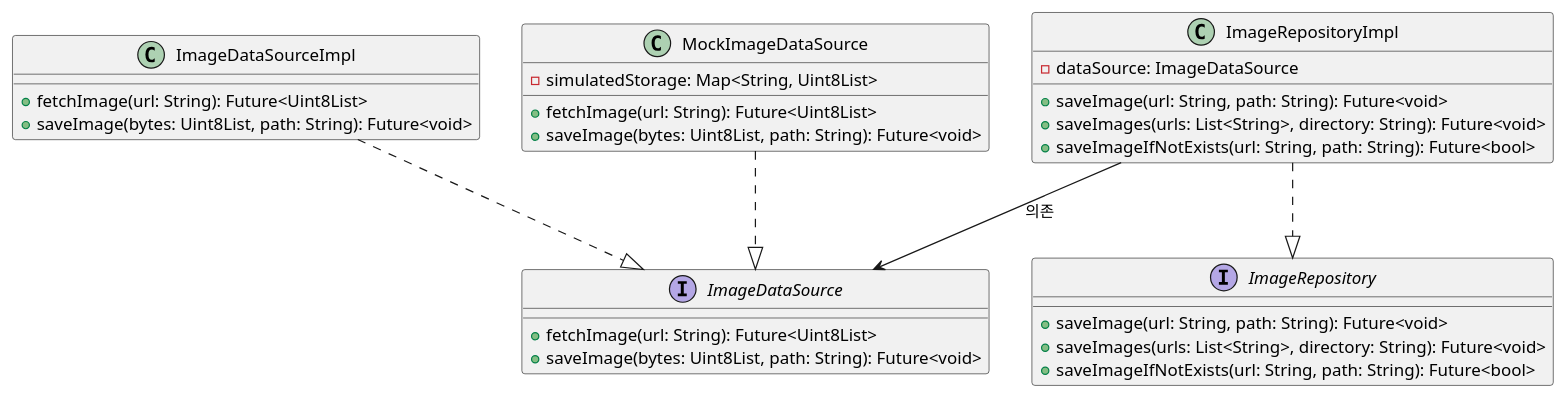
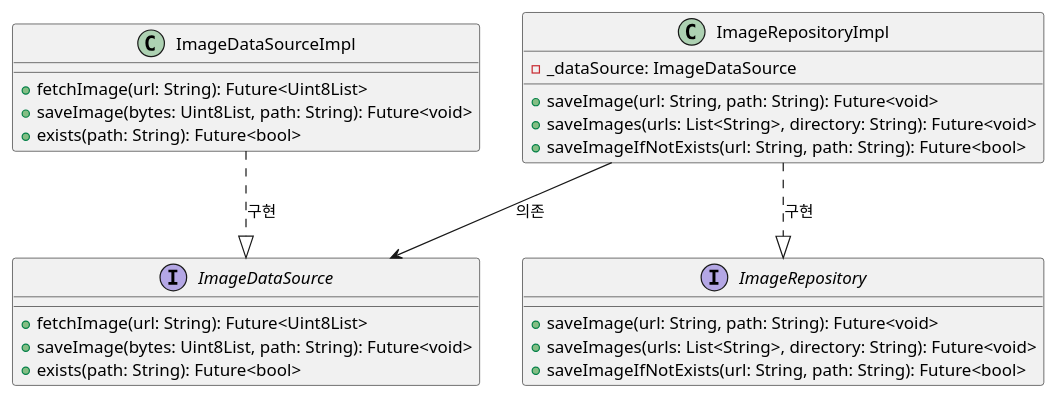
Before and after one commit to SurvivalCodingCampus/modu-3-dart-study: the diagram in lib/2025-04-03/docs/image_service.puml, drawn with PlantUML. The commit also changed 13 other files, not shown here.

Commit message:
fix : 코드 수정(의존성 및 캡슐화), 다이어그램 변경

```diff
--- a/lib/2025-04-03/docs/image_service.puml
+++ b/lib/2025-04-03/docs/image_service.puml
@@ -1,35 +1,30 @@
 @startuml
 interface ImageDataSource {
   +fetchImage(url: String): Future<Uint8List>
   +saveImage(bytes: Uint8List, path: String): Future<void>
+  +exists(path: String): Future<bool>
 }
 
 class ImageDataSourceImpl {
   +fetchImage(url: String): Future<Uint8List>
   +saveImage(bytes: Uint8List, path: String): Future<void>
-}
-
-class MockImageDataSource {
-  -simulatedStorage: Map<String, Uint8List>
-  +fetchImage(url: String): Future<Uint8List>
-  +saveImage(bytes: Uint8List, path: String): Future<void>
+  +exists(path: String): Future<bool>
 }
 
 interface ImageRepository {
   +saveImage(url: String, path: String): Future<void>
   +saveImages(urls: List<String>, directory: String): Future<void>
   +saveImageIfNotExists(url: String, path: String): Future<bool>
 }
 
 class ImageRepositoryImpl {
-  -dataSource: ImageDataSource
+  -_dataSource: ImageDataSource
   +saveImage(url: String, path: String): Future<void>
   +saveImages(urls: List<String>, directory: String): Future<void>
   +saveImageIfNotExists(url: String, path: String): Future<bool>
 }
 
+ImageDataSourceImpl ..|> ImageDataSource : 구현
+ImageRepositoryImpl ..|> ImageRepository : 구현
 ImageRepositoryImpl --> ImageDataSource : 의존
-ImageDataSourceImpl ..|> ImageDataSource
-MockImageDataSource ..|> ImageDataSource
-ImageRepositoryImpl ..|> ImageRepository
 @enduml
```
